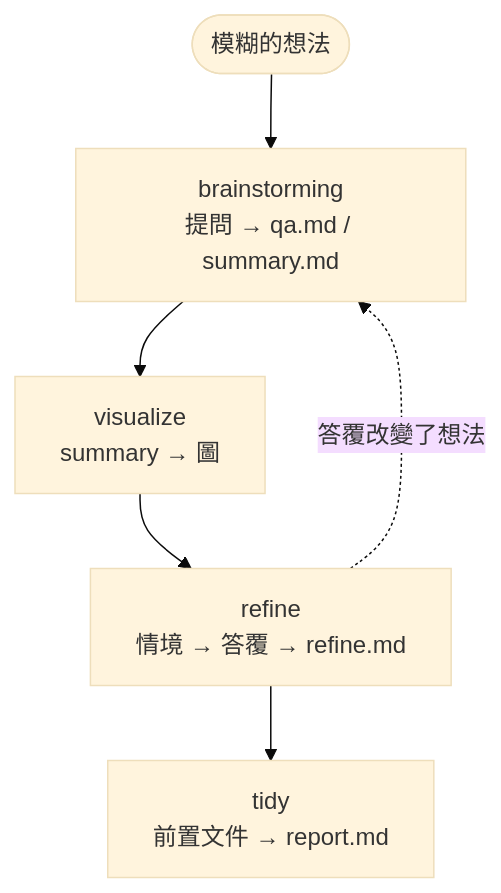
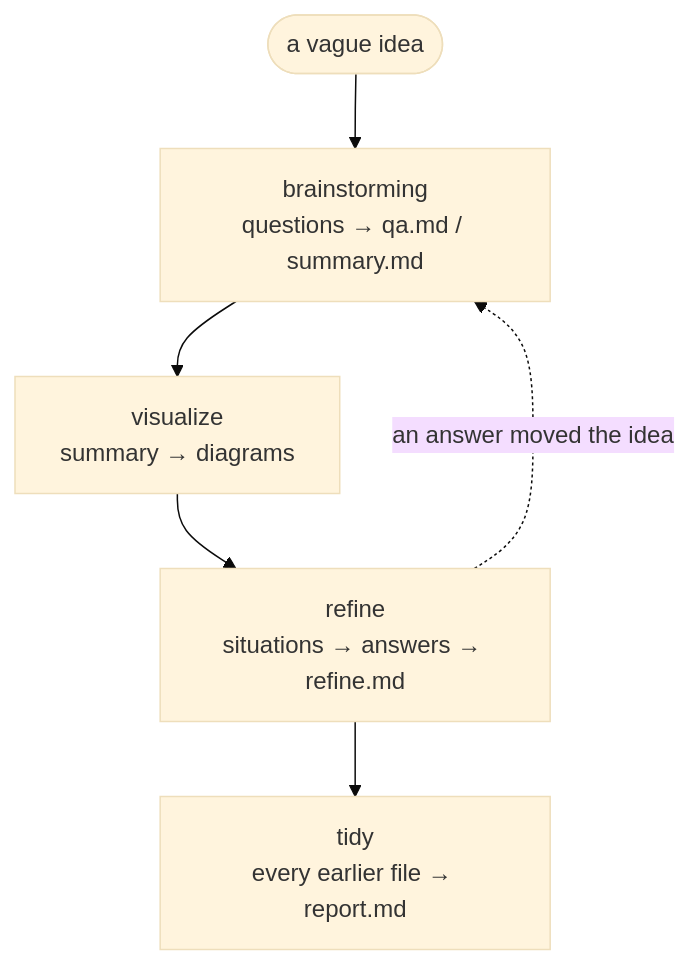
The diagram in README.md (Uniterra-Solutions/tidy-up-your-thoughts), drawn with Mermaid (base theme) before and after one commit.

Commit message:
docs: README diagram in English — the file is English end to end

````diff
--- a/README.md
+++ b/README.md
@@ -49,8 +49,8 @@
 ```mermaid
 flowchart TB
-  idea(["模糊的想法"]) --> q["brainstorming<br/>提問 → qa.md / summary.md"]
-  q --> v["visualize<br/>summary → 圖"]
-  v --> r["refine<br/>情境 → 答覆 → refine.md"]
-  r --> t["tidy<br/>前置文件 → report.md"]
-  r -.->|"答覆改變了想法"| q
+  idea(["a vague idea"]) --> q["brainstorming<br/>questions → qa.md / summary.md"]
+  q --> v["visualize<br/>summary → diagrams"]
+  v --> r["refine<br/>situations → answers → refine.md"]
+  r --> t["tidy<br/>every earlier file → report.md"]
+  r -.->|"an answer moved the idea"| q
 ```
````
